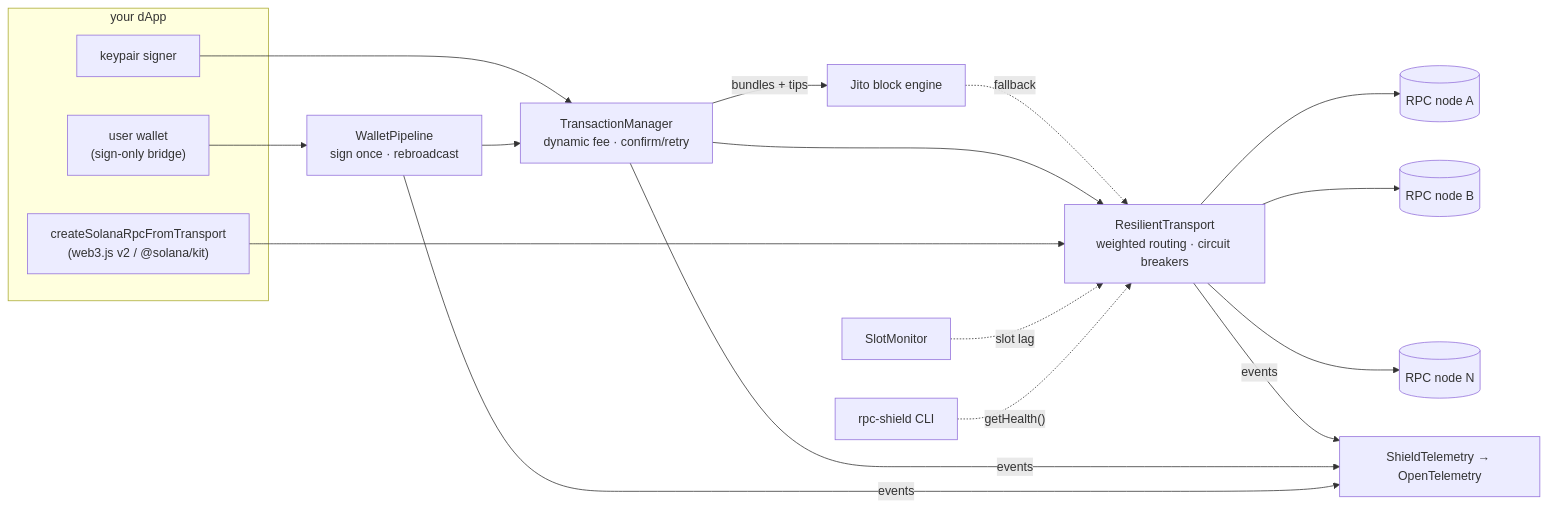
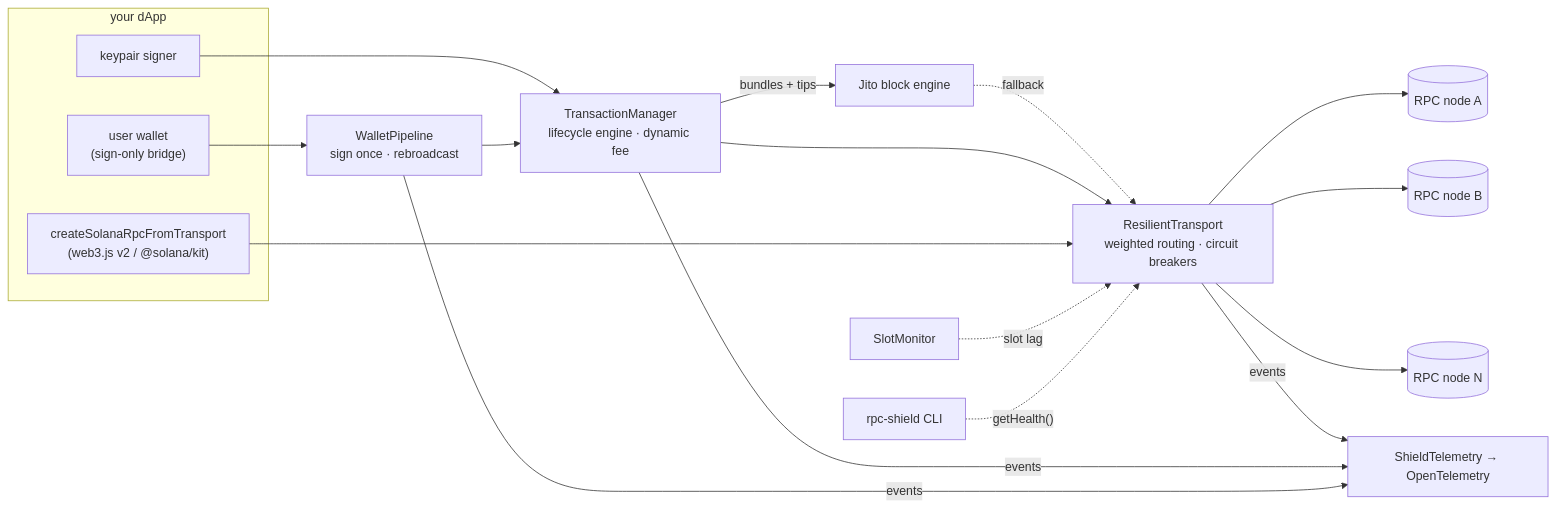
Before and after one commit to architeuthis-defi/solana-rpc-shield: the diagram in README.md, drawn with Mermaid. The commit also changed other lines of this file, not shown here.

````diff
--- a/README.md
+++ b/README.md
@@ -48,23 +116,23 @@
 ```mermaid
 flowchart LR
   subgraph dApp["your dApp"]
     K["keypair signer"]
     W["user wallet<br/>(sign-only bridge)"]
     R["createSolanaRpcFromTransport<br/>(web3.js v2 / @solana/kit)"]
   end
   W --> WP[WalletPipeline<br/>sign once · rebroadcast]
   K --> TM
-  WP --> TM[TransactionManager<br/>dynamic fee · confirm/retry]
+  WP --> TM[TransactionManager<br/>lifecycle engine · dynamic fee]
   TM -- "bundles + tips" --> J[Jito block engine]
   J -. "fallback" .-> RT
   TM --> RT[ResilientTransport<br/>weighted routing · circuit breakers]
   R --> RT
   SM[SlotMonitor] -. "slot lag" .-> RT
   RT --> A[(RPC node A)]
   RT --> B[(RPC node B)]
   RT --> N[(RPC node N)]
   RT -- events --> T[ShieldTelemetry → OpenTelemetry]
   TM -- events --> T
   WP -- events --> T
   C[rpc-shield CLI] -. "getHealth()" .-> RT
 ```
````
